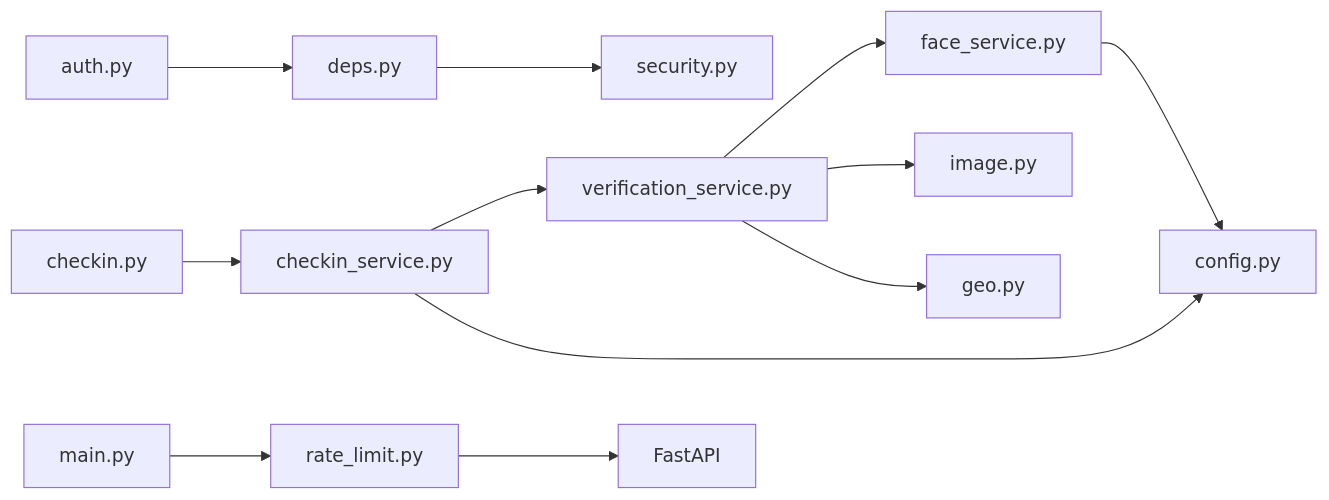
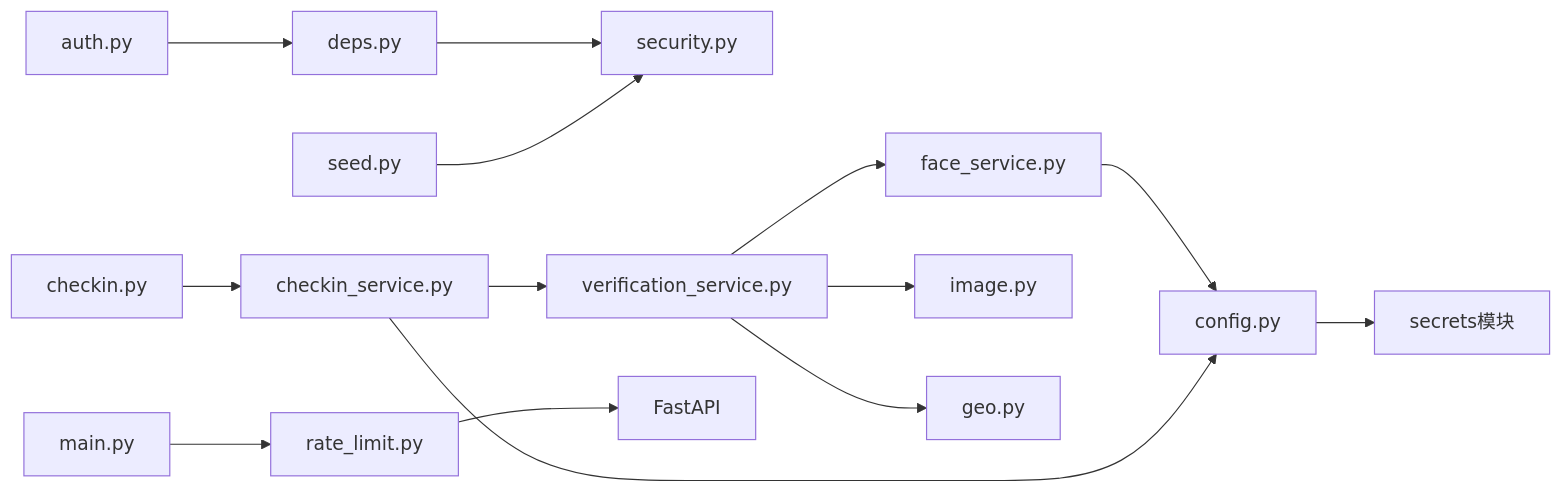
The eighth of 8 diagrams in .qoder/repowiki/zh/content/安全与认证机制/安全与认证机制.md (onebody/homework), drawn with Mermaid before and after one commit. The commit also changed other lines of this file and 9 other files, not shown here.

````diff
--- a/.qoder/repowiki/zh/content/安全与认证机制/安全与认证机制.md
+++ b/.qoder/repowiki/zh/content/安全与认证机制/安全与认证机制.md
@@ -419,14 +464,16 @@
 ```mermaid
 graph LR
 Auth["auth.py"] --> Deps["deps.py"]
 Deps --> Security["security.py"]
 Checkin["checkin.py"] --> CheckinSvc["checkin_service.py"]
 CheckinSvc --> Verify["verification_service.py"]
 Verify --> Face["face_service.py"]
 Verify --> Image["image.py"]
 Verify --> Geo["geo.py"]
 Face --> Config["config.py"]
 CheckinSvc --> Config
 Main["main.py"] --> RateLimit["rate_limit.py"]
 RateLimit --> FastAPI["FastAPI"]
+Seed["seed.py"] --> Security
+Config --> Secrets["secrets模块"]
 ```
````
